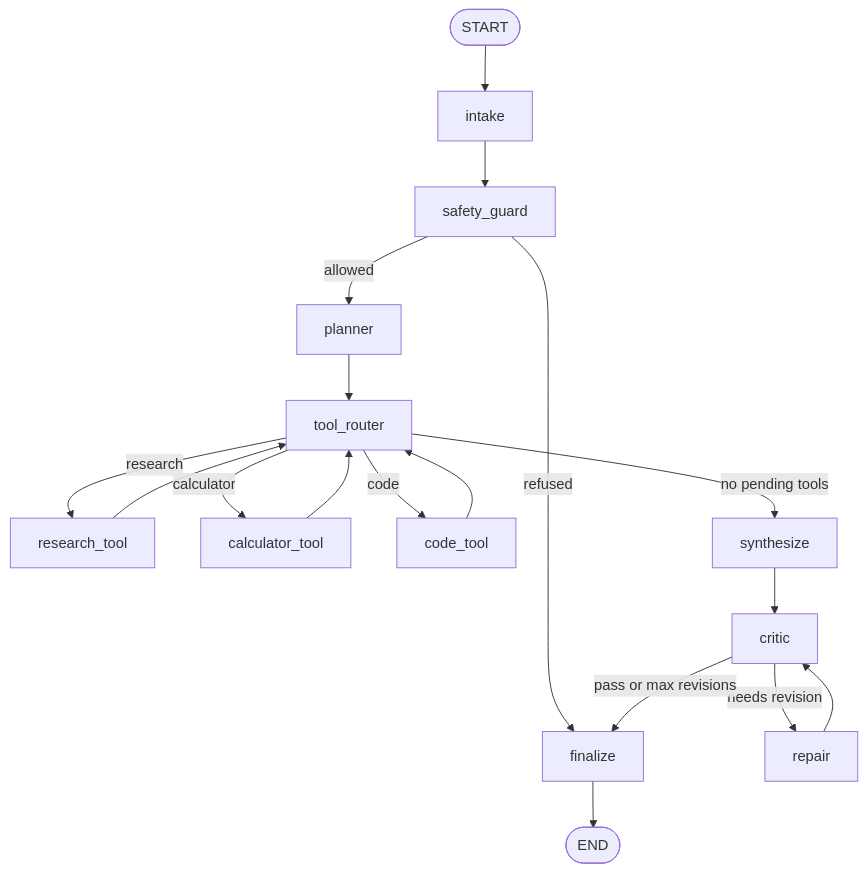
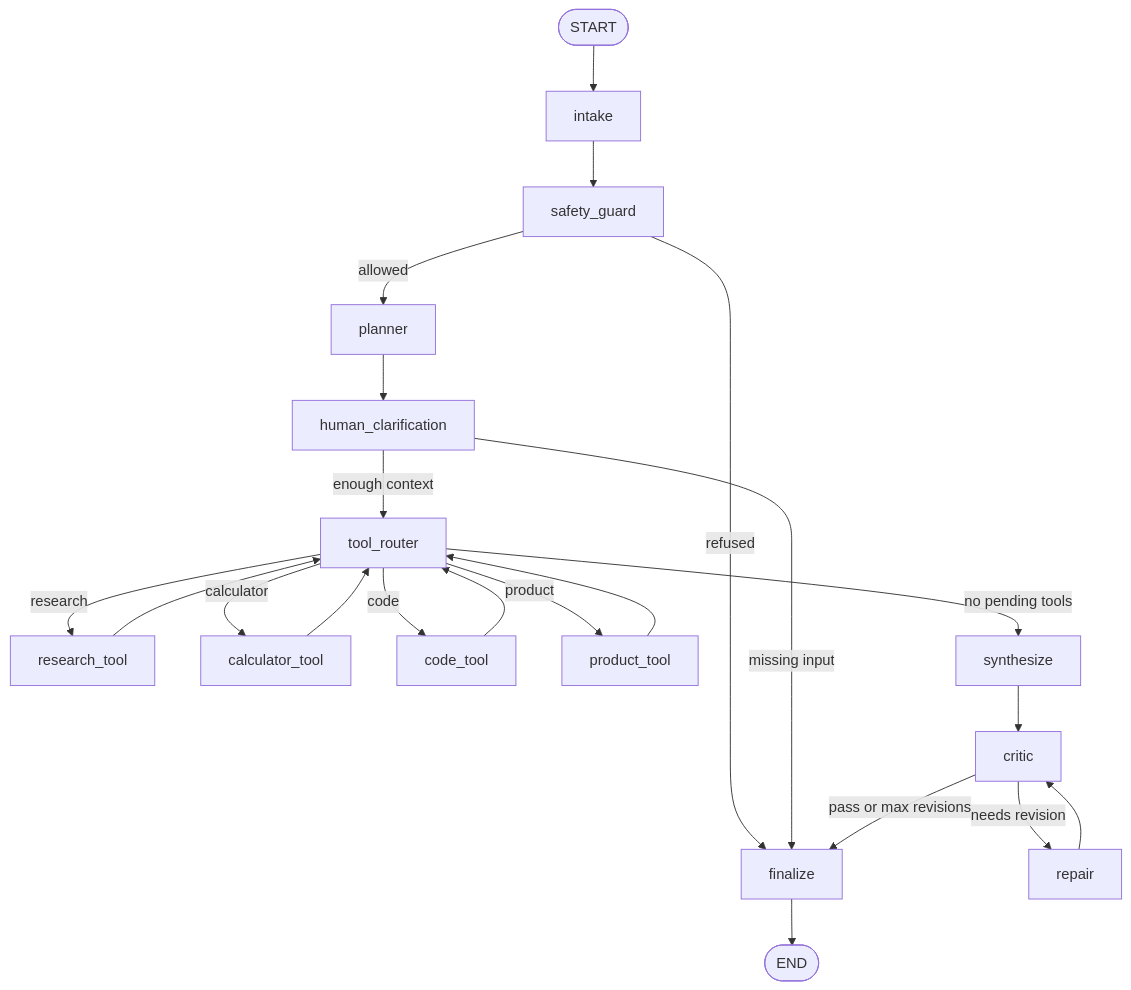
One commit to theasadse/fastapi-with-langgraph changed the diagram in docs/NODES_AND_EDGES.md. Above: the diagram before and after it, drawn with Mermaid. The commit also changed other lines of this file and 11 other files, not shown here.

````diff
--- a/docs/NODES_AND_EDGES.md
+++ b/docs/NODES_AND_EDGES.md
@@ -8,20 +8,24 @@
 ```mermaid
 flowchart TD
     START([START]) --> intake
     intake --> safety_guard
     safety_guard -- allowed --> planner
     safety_guard -- refused --> finalize
-    planner --> tool_router
+    planner --> human_clarification
+    human_clarification -- missing input --> finalize
+    human_clarification -- enough context --> tool_router
     tool_router -- research --> research_tool
     tool_router -- calculator --> calculator_tool
     tool_router -- code --> code_tool
+    tool_router -- product --> product_tool
     tool_router -- no pending tools --> synthesize
     research_tool --> tool_router
     calculator_tool --> tool_router
     code_tool --> tool_router
+    product_tool --> tool_router
     synthesize --> critic
     critic -- needs revision --> repair
     repair --> critic
     critic -- pass or max revisions --> finalize
     finalize --> END([END])
 ```
````
